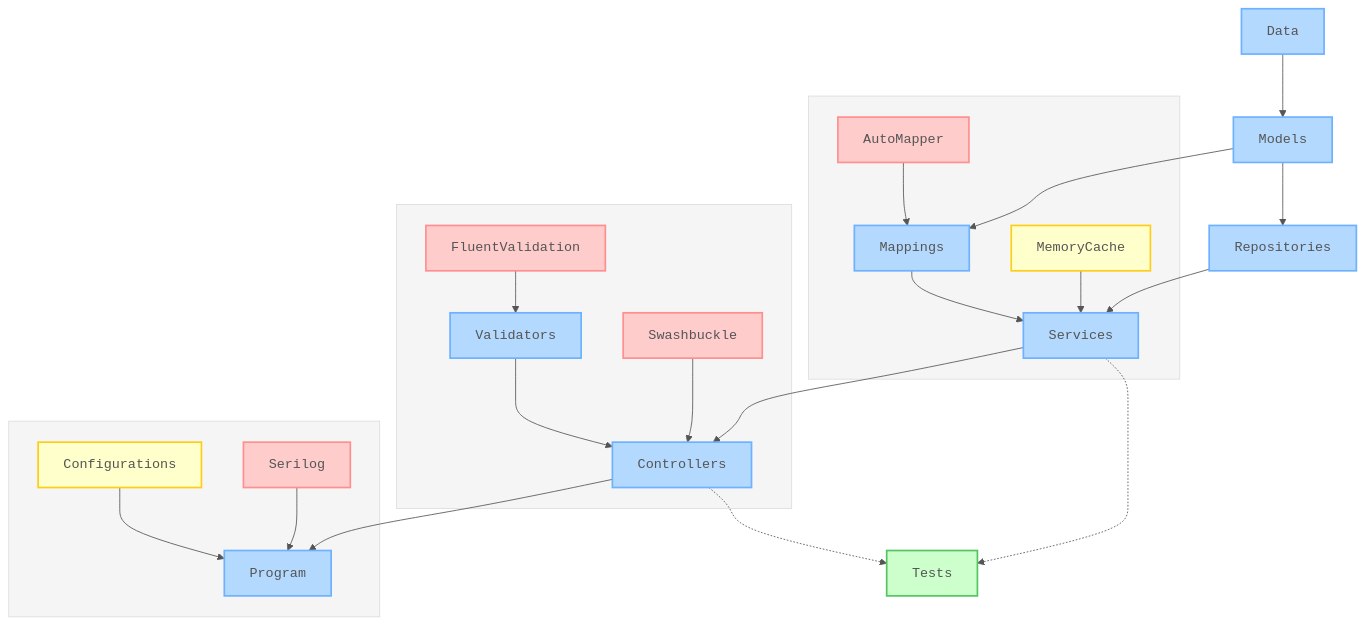
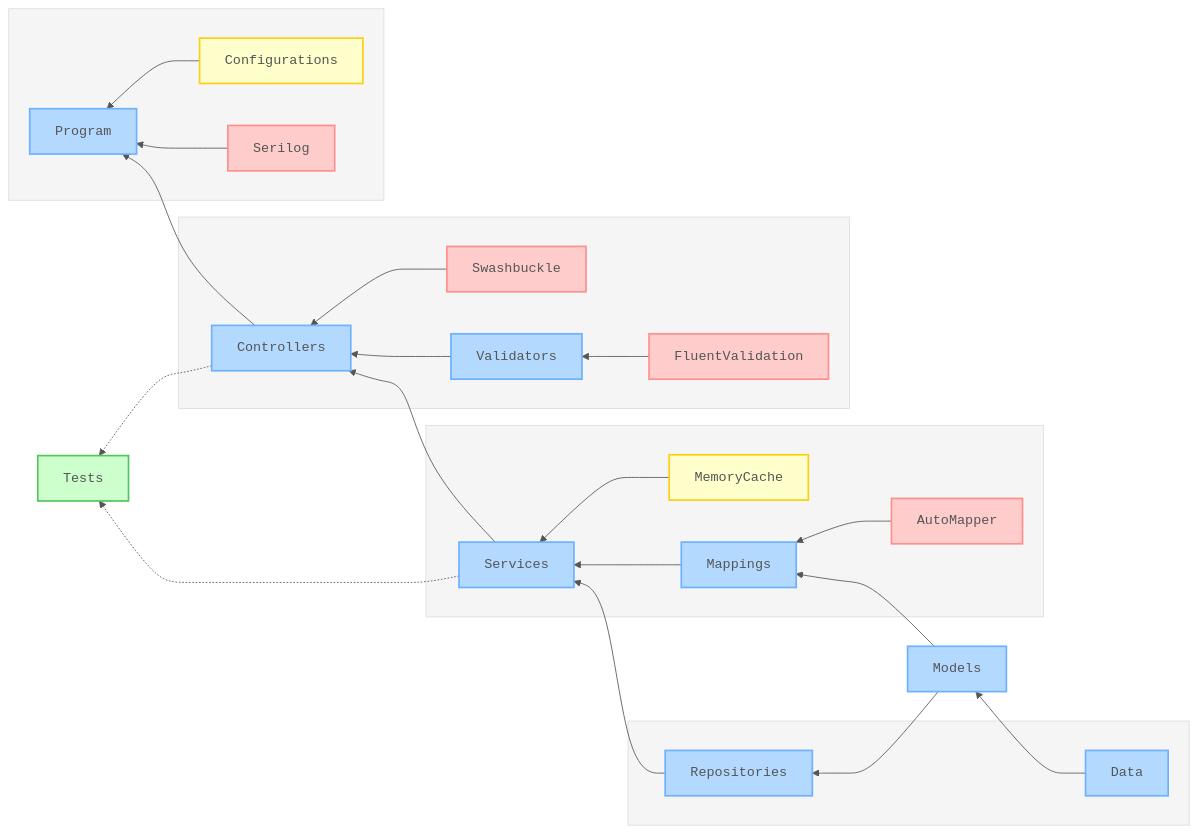
Before and after one commit to nanotaboada/Dotnet.Samples.AspNetCore.WebApi: the diagram in README.md, drawn with Mermaid. The commit also changed other lines of this file and 4 other files, not shown here.

Commit message:
chore(docs): add Claude config and update README architecture diagram

````diff
--- a/README.md
+++ b/README.md
@@ -97,4 +100,5 @@
 ```mermaid
+
 %%{init: {
   "theme": "default",
   "themeVariables": {
@@ -105,43 +109,39 @@
     "clusterBorder": "#ddd"
   }
 }}%%
-graph TB
-    %% Layer 1: Data
-    Data[Data]
 
-    %% Layer 2: Models
+graph RL
+
     Models[Models]
 
-    %% Layer 3: Repositories
-    Repositories[Repositories]
+    subgraph Layer4[" "]
+        Data[Data]
+        Repositories[Repositories]
+    end
 
-    %% Layer 4: Services
-    subgraph Layer4[" "]
+    subgraph Layer3[" "]
         Services[Services]
         Mappings[Mappings]
         AutoMapper[AutoMapper]
         MemoryCache[MemoryCache]
     end
 
-    %% Layer 5: Controllers
-    subgraph Layer5[" "]
+    subgraph Layer2[" "]
         Controllers[Controllers]
         Validators[Validators]
         FluentValidation[FluentValidation]
         Swashbuckle[Swashbuckle]
     end
 
-    %% Layer 6: Program
-    subgraph Layer6[" "]
+    subgraph Layer1[" "]
         Program[Program]
         Configurations[Configurations]
         Serilog[Serilog]
     end
 
-    %% Tests (separate)
     Tests[Tests]
 
-    %% Main Application Flow
+    %% Application flow
     Data --> Models
     Models --> Repositories
     Repositories --> Services
@@ -164,8 +164,8 @@
     MemoryCache --> Services
 
     %% Tests connections
+    Services -.-> Tests
     Controllers -.-> Tests
-    Services -.-> Tests
 
     %% Node styling with stroke-width
     classDef core fill:#b3d9ff,stroke:#6db1ff,stroke-width:2px,color:#555,font-family:monospace;
````
